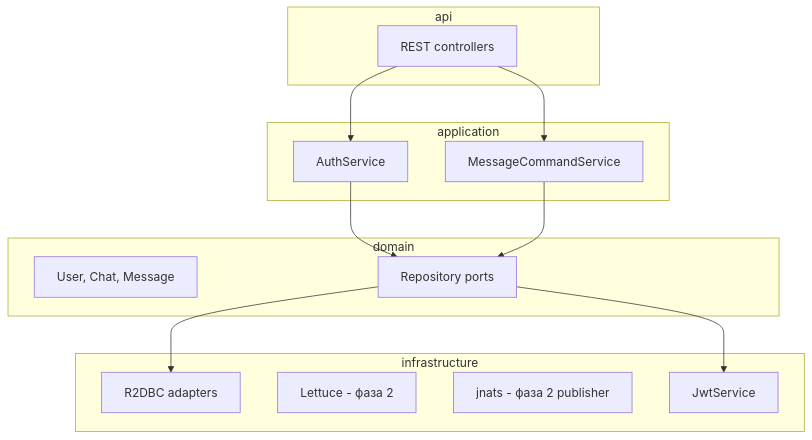
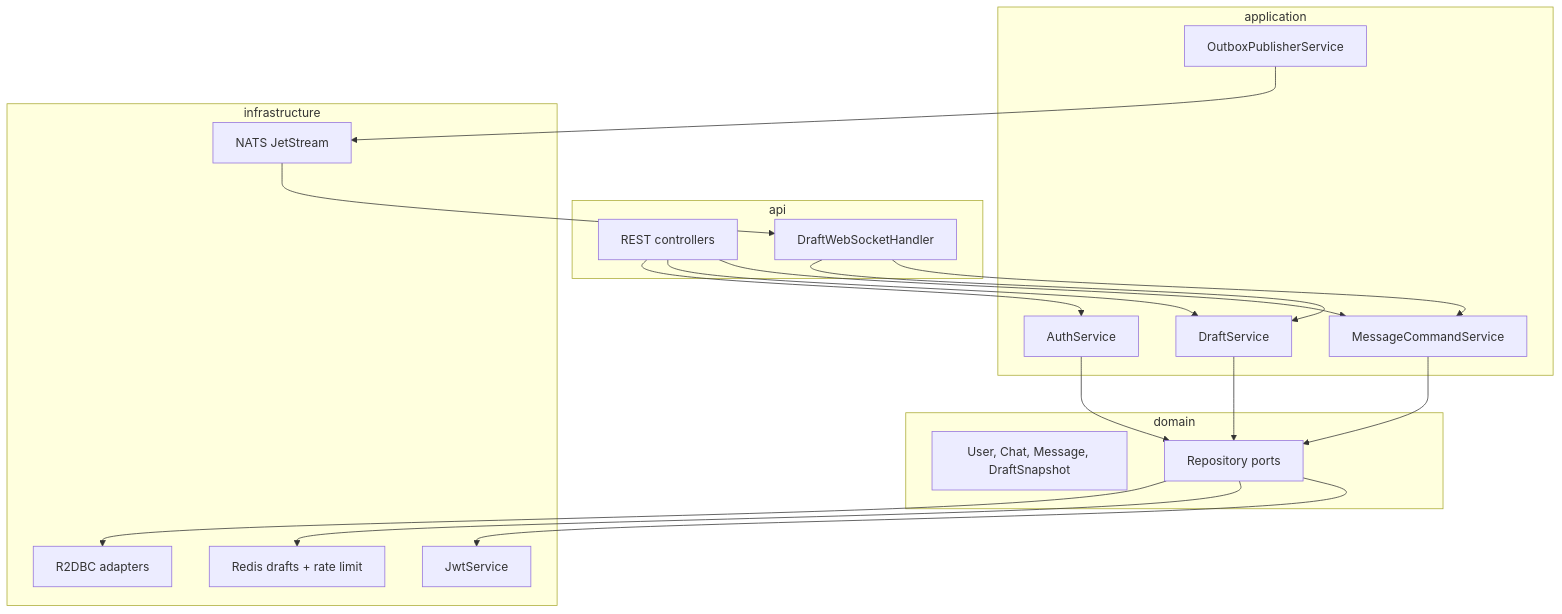
Before and after one commit to minpor/private_chat: the diagram in ARCHITECTURE.md, drawn with Mermaid. The commit also changed other lines of this file and 30 other files, not shown here.

First line of the commit message:
Add draft-sync, WebSocket delivery, and outbox fan-out via NATS.

````diff
--- a/ARCHITECTURE.md
+++ b/ARCHITECTURE.md
@@ -7,26 +7,36 @@
 ```mermaid
 flowchart TB
     subgraph api [api]
         REST[REST controllers]
+        WS[DraftWebSocketHandler]
     end
     subgraph application [application]
         Auth[AuthService]
+        Draft[DraftService]
         Msg[MessageCommandService]
+        Outbox[OutboxPublisherService]
     end
     subgraph domain [domain]
-        Models[User, Chat, Message]
+        Models[User, Chat, Message, DraftSnapshot]
         Ports[Repository ports]
     end
     subgraph infrastructure [infrastructure]
         R2DBC[R2DBC adapters]
-        Redis[Lettuce - фаза 2]
-        NATS[jnats - фаза 2 publisher]
+        Redis[Redis drafts + rate limit]
+        NATS[NATS JetStream]
         JWT[JwtService]
     end
     REST --> Auth
+    REST --> Draft
     REST --> Msg
+    WS --> Draft
+    WS --> Msg
+    Outbox --> NATS
+    NATS --> WS
     Auth --> Ports
+    Draft --> Ports
     Msg --> Ports
     Ports --> R2DBC
+    Ports --> Redis
     Ports --> JWT
 ```
````
